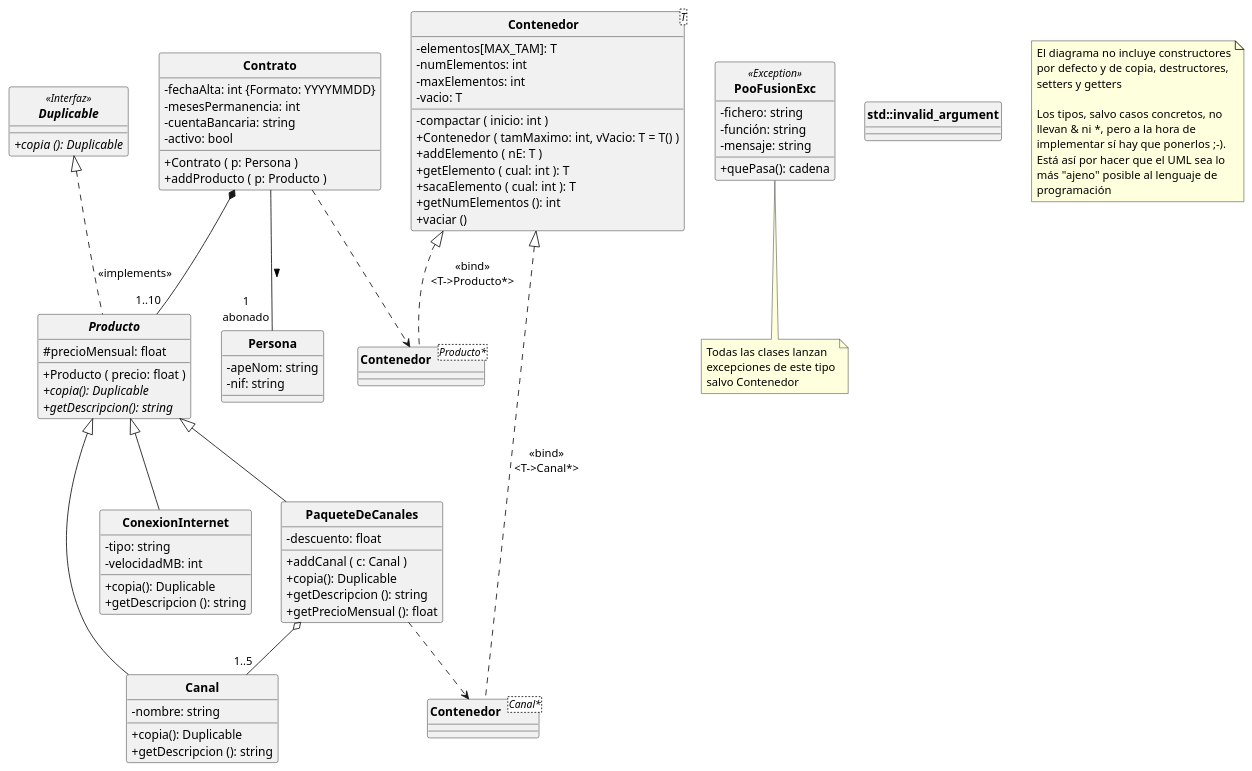
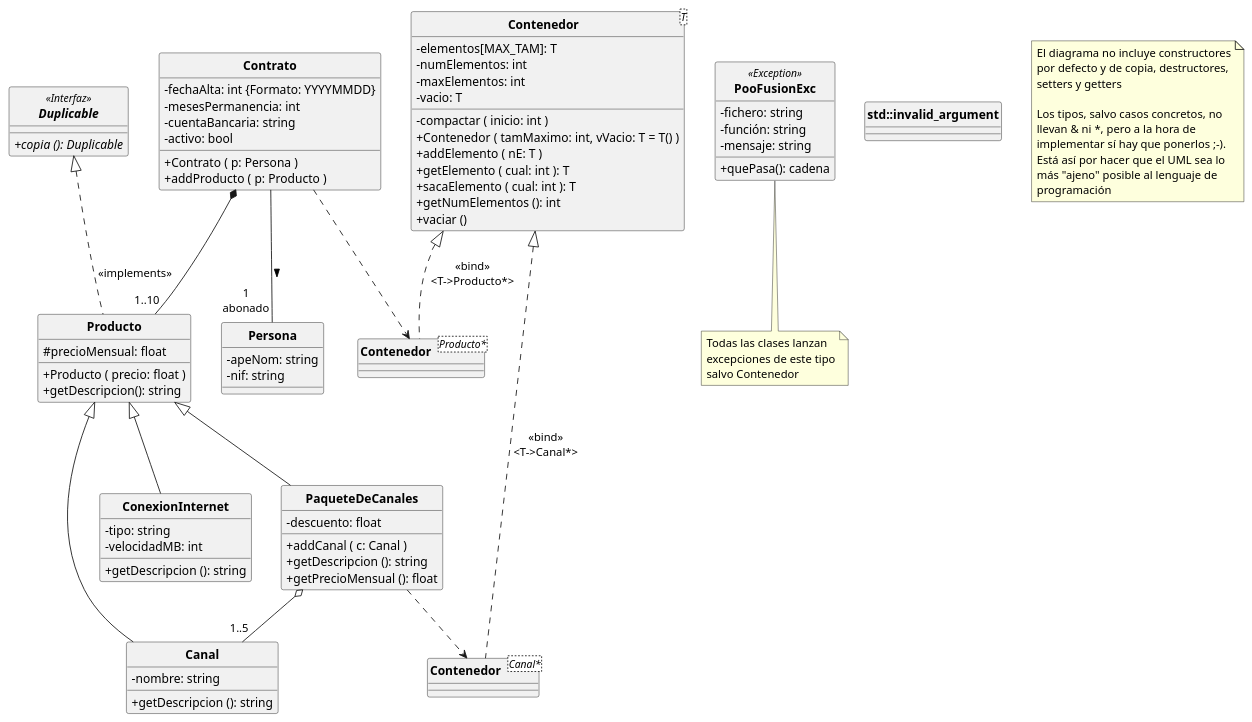
Before and after one commit to POOUJA/PooFusion: the diagram in PooFusion.puml, drawn with PlantUML. The commit also changed 14 other files, not shown here.

```diff
--- a/PooFusion.puml
+++ b/PooFusion.puml
@@ -1,114 +1,110 @@
 @startuml
 
 hide circle
 skinparam classattributeiconsize 0
 skinparam classFontStyle bold
 
 interface Duplicable<<Interfaz>> {
    + {abstract} copia (): Duplicable
 }
 
 class Persona {
    - apeNom: string
    - nif: string
 }
 
 class Contrato {
    - fechaAlta: int {Formato: YYYYMMDD}
    - mesesPermanencia: int
    - cuentaBancaria: string
    - activo: bool
    + Contrato ( p: Persona )
    + addProducto ( p: Producto )
 }
 
-abstract class Producto {
+class Producto {
    # precioMensual: float
    + Producto ( precio: float )
-   + {abstract} copia(): Duplicable
-   + {abstract} getDescripcion(): string
+   + getDescripcion(): string
 }
 
 class ConexionInternet {
    - tipo: string
    - velocidadMB: int
-   + copia(): Duplicable
    + getDescripcion (): string
 }
 
 class Canal {
    - nombre: string
-   + copia(): Duplicable
    + getDescripcion (): string
 }
 
 class PaqueteDeCanales {
    - descuento: float
    + addCanal ( c: Canal )
-   + copia(): Duplicable
    + getDescripcion (): string
    + getPrecioMensual (): float
 }
 
 class Contenedor<T> {
    - elementos[MAX_TAM]: T
    - numElementos: int
    - maxElementos: int
    - vacio: T
 
    - compactar ( inicio: int )
    + Contenedor ( tamMaximo: int, vVacio: T = T() )
    + addElemento ( nE: T )
    + getElemento ( cual: int ): T
    + sacaElemento ( cual: int ): T
    + getNumElementos (): int
    + vaciar ()
 }
 
 class PooFusionExc<<Exception>> {
    - fichero: string
    - función: string
    - mensaje: string
    + quePasa(): cadena
 }
 note bottom of PooFusionExc
    Todas las clases lanzan
    excepciones de este tipo
    salvo Contenedor
 end note
 
 class std::invalid_argument
 
 class "Contenedor<Canal*>" as CC {
 }
 
 class "Contenedor<Producto*>" as CP{
 }
 
 
 Contrato -- "1\nabonado" Persona: >
 Producto <|-- ConexionInternet 
 Producto <|-- Canal
 Producto <|-- PaqueteDeCanales
 Contenedor <|.. CP: <<bind>>\n<T->Producto*>
 Contrato ..> CP
 Contrato *-- "1..10" Producto
 Duplicable <|.. Producto: <<implements>>
 Contenedor <|.. CC: <<bind>>\n<T->Canal*>
 PaqueteDeCanales o-- "1..5"Canal
 PaqueteDeCanales ..> CC
 
 note as Nota1
    El diagrama no incluye constructores
    por defecto y de copia, destructores,
    setters y getters
 
    Los tipos, salvo casos concretos, no
    llevan & ni *, pero a la hora de
    implementar sí hay que ponerlos ;-). 
    Está así por hacer que el UML sea lo
    más "ajeno" posible al lenguaje de
    programación
 end note
 
 @enduml
```
